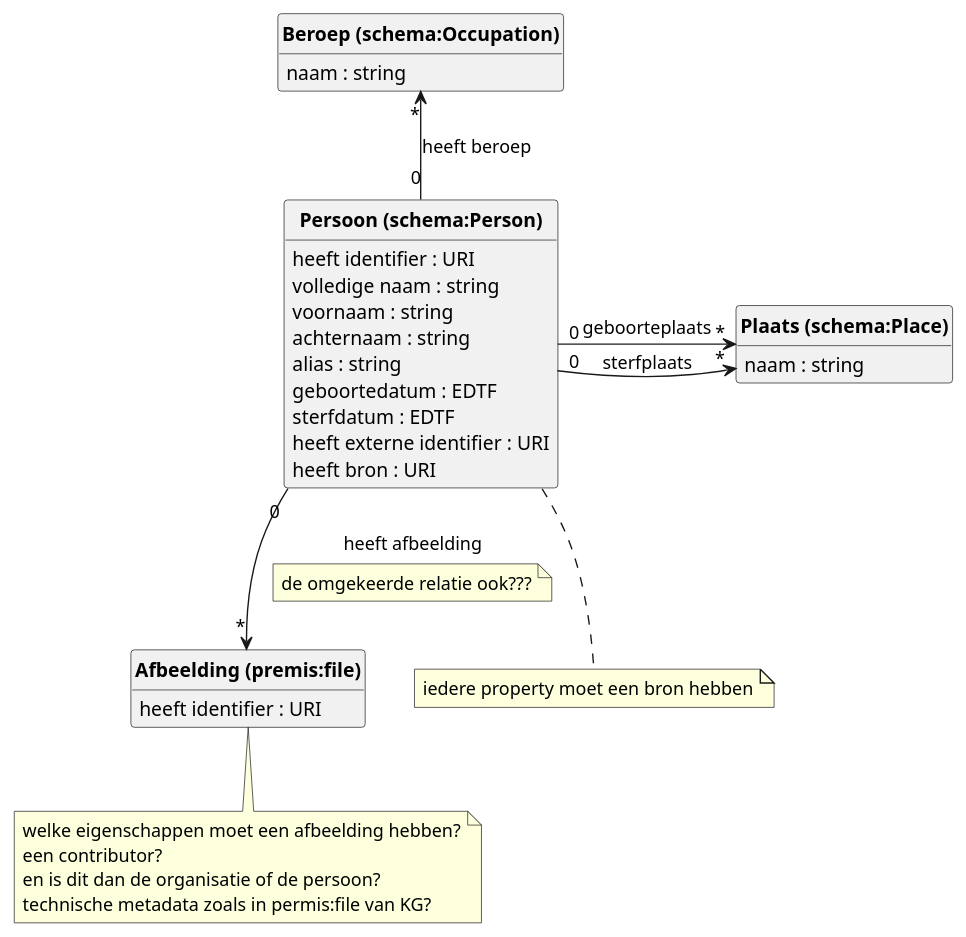
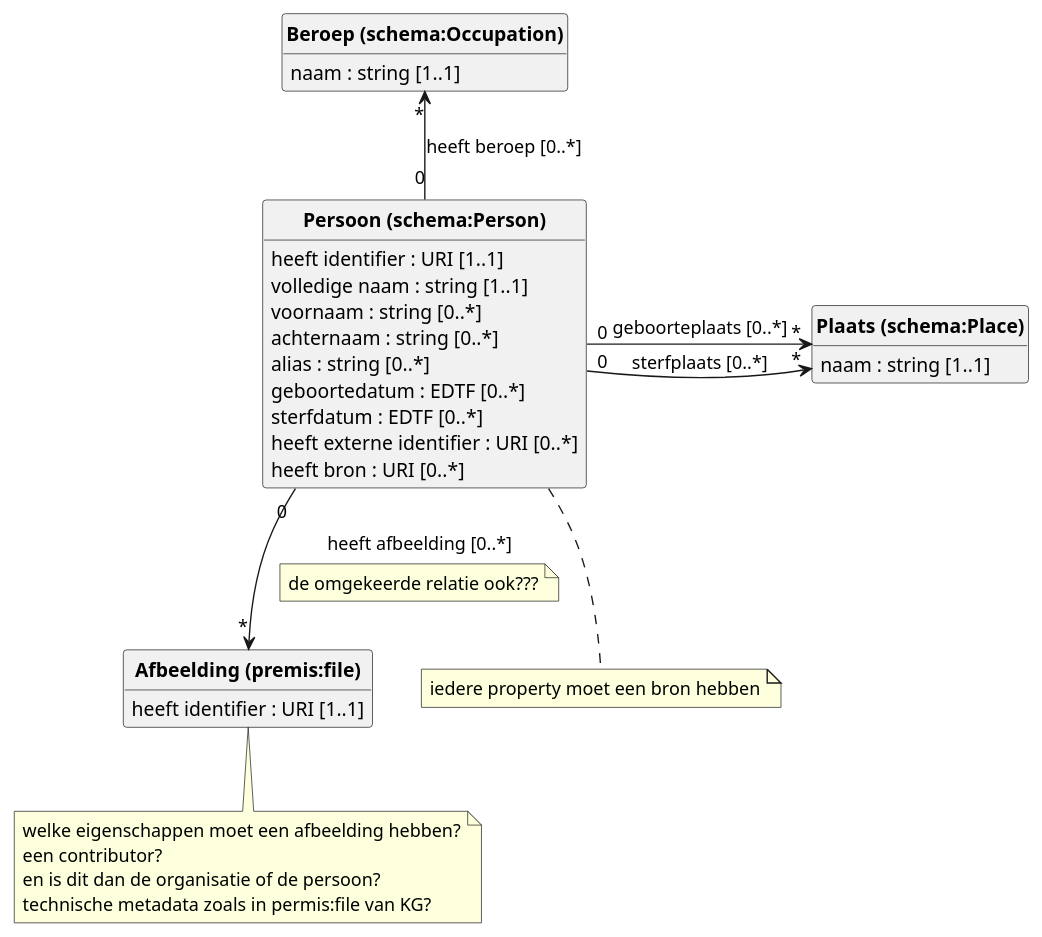
The diagram in datamodel/diagram.puml (viaacode/visual-name-authority-project), drawn with PlantUML before and after one commit.

Commit message:
Add cardinalities to diagram

```diff
--- a/datamodel/diagram.puml
+++ b/datamodel/diagram.puml
@@ -1,45 +1,43 @@
 @startuml
 class "<b>Persoon (schema:Person)</b>" {
-    heeft identifier : URI
-    volledige naam : string
-    voornaam : string
-    achternaam : string
-    alias : string
-    geboortedatum : EDTF
-    sterfdatum : EDTF
-    heeft externe identifier : URI
-    heeft bron : URI
-
+    heeft identifier : URI [1..1]
+    volledige naam : string [1..1]
+    voornaam : string [0..*]
+    achternaam : string [0..*]
+    alias : string [0..*]
+    geboortedatum : EDTF [0..*]
+    sterfdatum : EDTF [0..*]
+    heeft externe identifier : URI [0..*]
+    heeft bron : URI [0..*]
 }
 
 class "<b>Plaats (schema:Place)</b>" {
-    naam : string
+    naam : string [1..1]
 }
 
 class "<b>Beroep (schema:Occupation)</b>" {
-    naam : string
+    naam : string [1..1]
 }
 
 class "<b>Afbeelding (premis:file)</b>" {
-    heeft identifier : URI
-
+    heeft identifier : URI [1..1]
 }
 
-"<b>Persoon (schema:Person)</b>" "0" -> "*" "<b>Plaats (schema:Place)</b>" : geboorteplaats
-"<b>Persoon (schema:Person)</b>" "0" -> "*" "<b>Plaats (schema:Place)</b>" : sterfplaats
-"<b>Beroep (schema:Occupation)</b>" "*" <-- "0" "<b>Persoon (schema:Person)</b>": heeft beroep
-"<b>Persoon (schema:Person)</b>" "0" --> "*" "<b>Afbeelding (premis:file)</b>": heeft afbeelding
+"<b>Persoon (schema:Person)</b>" "0" -> "*" "<b>Plaats (schema:Place)</b>" : geboorteplaats [0..*]
+"<b>Persoon (schema:Person)</b>" "0" -> "*" "<b>Plaats (schema:Place)</b>" : sterfplaats [0..*]
+"<b>Beroep (schema:Occupation)</b>" "*" <-- "0" "<b>Persoon (schema:Person)</b>": heeft beroep [0..*]
+"<b>Persoon (schema:Person)</b>" "0" --> "*" "<b>Afbeelding (premis:file)</b>": heeft afbeelding [0..*]
 note on link: de omgekeerde relatie ook???
 
 
 note bottom of "<b>Persoon (schema:Person)</b>": iedere property moet een bron hebben
 note bottom of "<b>Afbeelding (premis:file)</b>"
     welke eigenschappen moet een afbeelding hebben?
     een contributor? 
     en is dit dan de organisatie of de persoon?
     technische metadata zoals in permis:file van KG?
 end note
 
 hide circle
 hide methods
 @enduml
```
